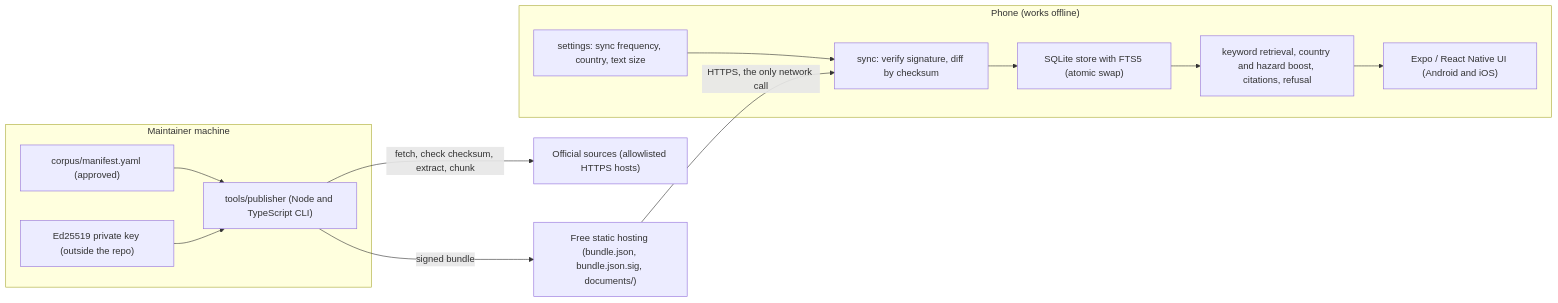
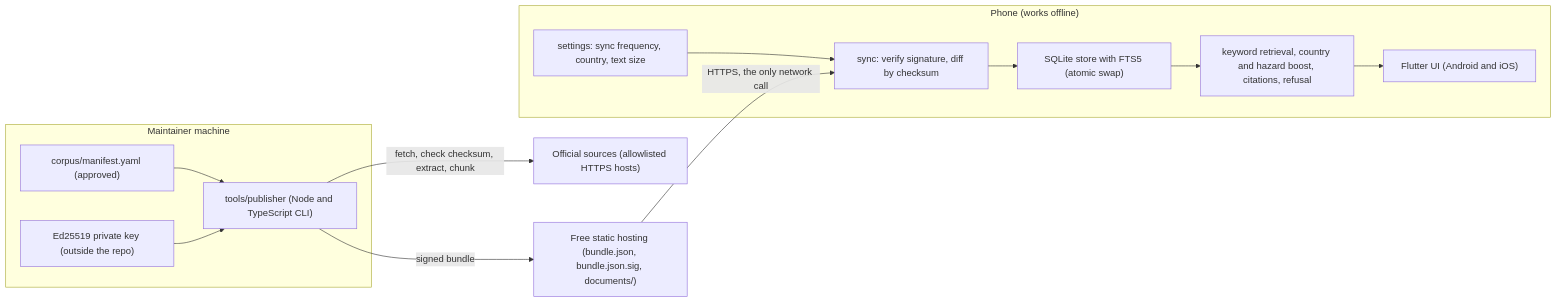
One commit to wosslabs/sheltr changed the diagram in docs/architecture/mobile-design.md. Above: the diagram before and after it, drawn with Mermaid. The commit also changed other lines of this file and 123 other files, not shown here.

````diff
--- a/docs/architecture/mobile-design.md
+++ b/docs/architecture/mobile-design.md
@@ -7,28 +7,28 @@
 ```mermaid
 flowchart LR
   subgraph Maintainer["Maintainer machine"]
     M["corpus/manifest.yaml (approved)"]
     P["tools/publisher (Node and TypeScript CLI)"]
     K["Ed25519 private key (outside the repo)"]
     M --> P
     K --> P
   end
 
   S["Official sources (allowlisted HTTPS hosts)"]
   H["Free static hosting (bundle.json, bundle.json.sig, documents/)"]
 
   P -- "fetch, check checksum, extract, chunk" --> S
   P -- "signed bundle" --> H
 
   subgraph Phone["Phone (works offline)"]
     SY["sync: verify signature, diff by checksum"]
     ST["SQLite store with FTS5 (atomic swap)"]
     R["keyword retrieval, country and hazard boost, citations, refusal"]
     SET["settings: sync frequency, country, text size"]
-    UI["Expo / React Native UI (Android and iOS)"]
+    UI["Flutter UI (Android and iOS)"]
     SET --> SY
     SY --> ST --> R --> UI
   end
 
   H -- "HTTPS, the only network call" --> SY
 ```
````
